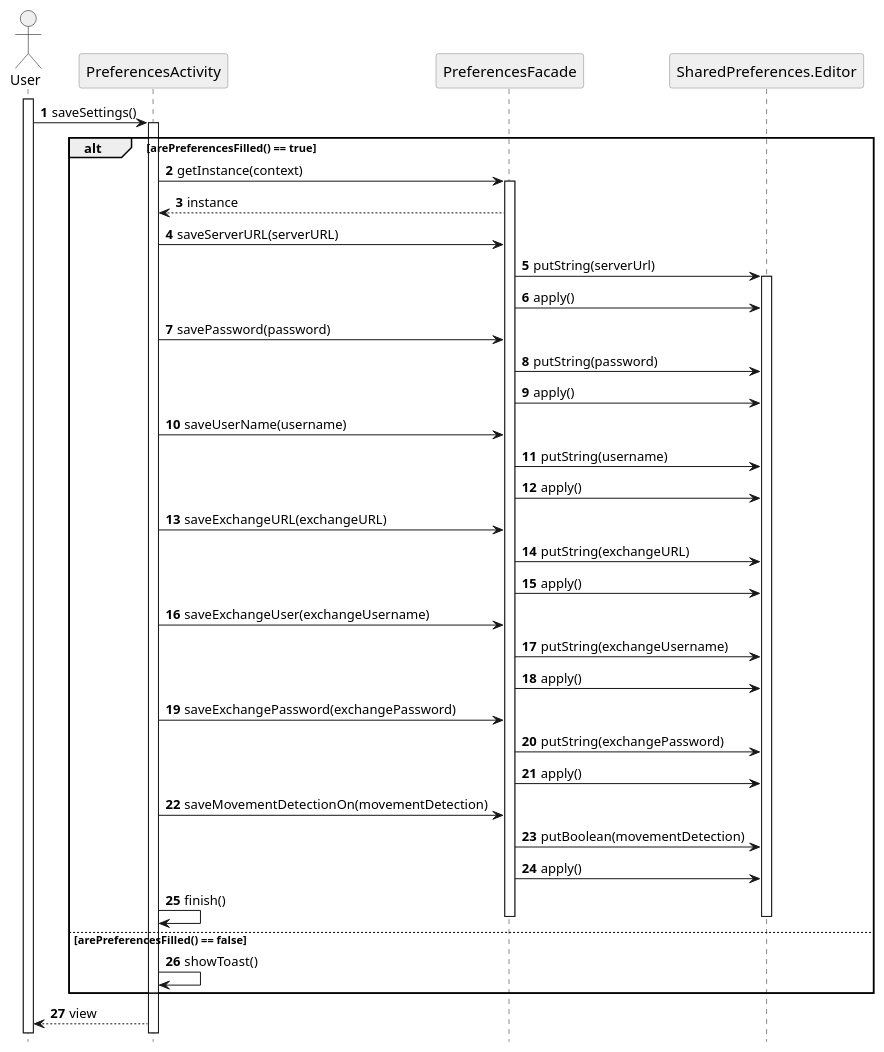
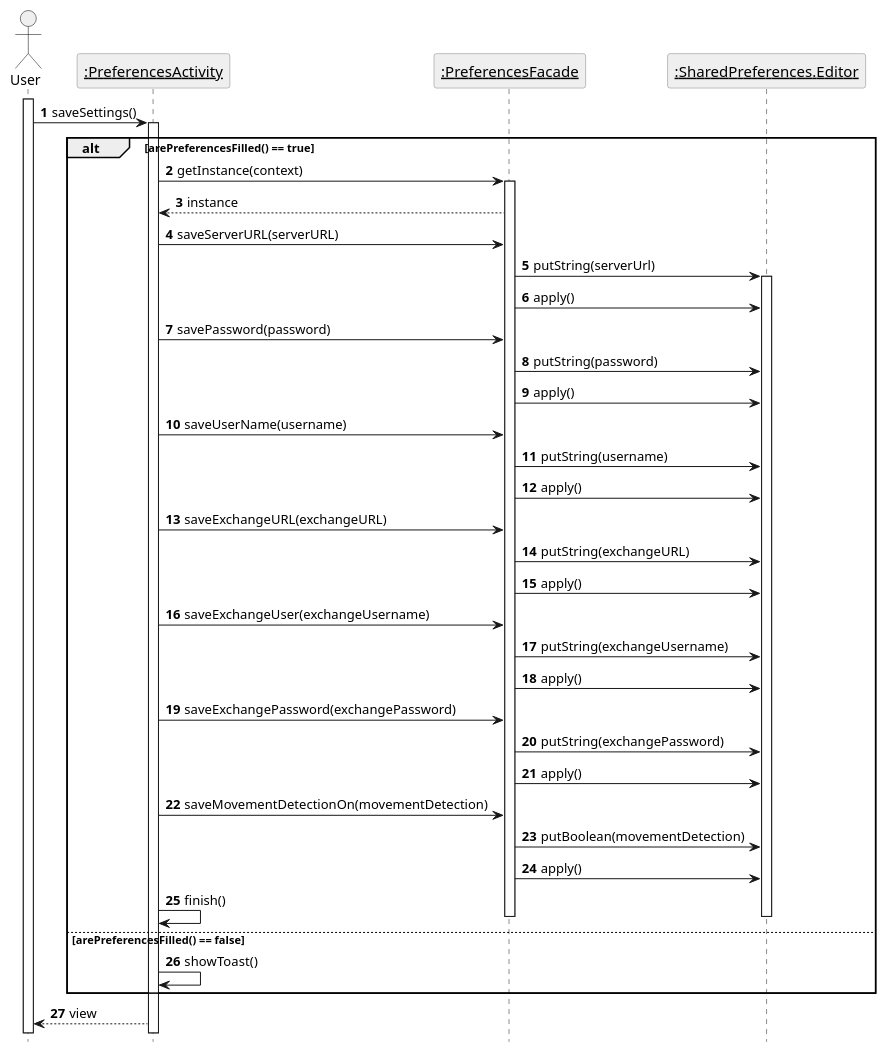
One commit to ErosFricker/bachelor-thesis changed the diagram in sequence_diagrams/shared_preferences.puml. Above: the diagram before and after it, drawn with PlantUML. The commit also changed 73 other files, not shown here.

```diff
--- a/sequence_diagrams/shared_preferences.puml
+++ b/sequence_diagrams/shared_preferences.puml
@@ -1,70 +1,70 @@
 @startuml
 
 hide footbox
 
 autonumber
 
 skinparam sequence {
     ParticipantBorderColor grey
     ParticipantBackgroundColor #EFEFEF
     ParticipantFontName Futura
     ParticipantFontSize 15
 
     ActorBackgroundColor #EFEFEF
     ActorBorderColor black
 
     ArrowFontName Futura
 }
 
 actor User
-participant PreferencesActivity
-participant PreferencesFacade
-participant SharedPreferences.Editor
+participant "__:PreferencesActivity__"
+participant "__:PreferencesFacade__"
+participant "__:SharedPreferences.Editor__"
 
 
 activate User
-User -> PreferencesActivity: saveSettings()
-activate PreferencesActivity
+User -> "__:PreferencesActivity__": saveSettings()
+activate "__:PreferencesActivity__"
 alt arePreferencesFilled() == true
-    PreferencesActivity -> PreferencesFacade: getInstance(context)
-    activate PreferencesFacade
-    PreferencesFacade --> PreferencesActivity: instance
-    PreferencesActivity -> PreferencesFacade:saveServerURL(serverURL)
-    PreferencesFacade -> SharedPreferences.Editor: putString(serverUrl)
-    activate SharedPreferences.Editor
-    PreferencesFacade -> SharedPreferences.Editor: apply()
+    "__:PreferencesActivity__" -> "__:PreferencesFacade__": getInstance(context)
+    activate "__:PreferencesFacade__"
+    "__:PreferencesFacade__" --> "__:PreferencesActivity__": instance
+    "__:PreferencesActivity__" -> "__:PreferencesFacade__":saveServerURL(serverURL)
+    "__:PreferencesFacade__" -> "__:SharedPreferences.Editor__": putString(serverUrl)
+    activate "__:SharedPreferences.Editor__"
+    "__:PreferencesFacade__" -> "__:SharedPreferences.Editor__": apply()
 
-    PreferencesActivity -> PreferencesFacade:savePassword(password)
-    PreferencesFacade -> SharedPreferences.Editor: putString(password)
-PreferencesFacade -> SharedPreferences.Editor: apply()
-    PreferencesActivity -> PreferencesFacade:saveUserName(username)
-    PreferencesFacade -> SharedPreferences.Editor: putString(username)
-PreferencesFacade -> SharedPreferences.Editor: apply()
-    PreferencesActivity -> PreferencesFacade:saveExchangeURL(exchangeURL)
-    PreferencesFacade -> SharedPreferences.Editor: putString(exchangeURL)
-PreferencesFacade -> SharedPreferences.Editor: apply()
-    PreferencesActivity -> PreferencesFacade:saveExchangeUser(exchangeUsername)
-    PreferencesFacade -> SharedPreferences.Editor: putString(exchangeUsername)
-PreferencesFacade -> SharedPreferences.Editor: apply()
-    PreferencesActivity -> PreferencesFacade:saveExchangePassword(exchangePassword)
-    PreferencesFacade -> SharedPreferences.Editor: putString(exchangePassword)
-PreferencesFacade -> SharedPreferences.Editor: apply()
-    PreferencesActivity -> PreferencesFacade:saveMovementDetectionOn(movementDetection)
-    PreferencesFacade -> SharedPreferences.Editor: putBoolean(movementDetection)
-PreferencesFacade -> SharedPreferences.Editor: apply()
-    PreferencesActivity -> PreferencesActivity: finish()
-    deactivate SharedPreferences.Editor
-    deactivate PreferencesFacade
+    "__:PreferencesActivity__" -> "__:PreferencesFacade__":savePassword(password)
+    "__:PreferencesFacade__" -> "__:SharedPreferences.Editor__": putString(password)
+"__:PreferencesFacade__" -> "__:SharedPreferences.Editor__": apply()
+    "__:PreferencesActivity__" -> "__:PreferencesFacade__":saveUserName(username)
+    "__:PreferencesFacade__" -> "__:SharedPreferences.Editor__": putString(username)
+"__:PreferencesFacade__" -> "__:SharedPreferences.Editor__": apply()
+    "__:PreferencesActivity__" -> "__:PreferencesFacade__":saveExchangeURL(exchangeURL)
+    "__:PreferencesFacade__" -> "__:SharedPreferences.Editor__": putString(exchangeURL)
+"__:PreferencesFacade__" -> "__:SharedPreferences.Editor__": apply()
+    "__:PreferencesActivity__" -> "__:PreferencesFacade__":saveExchangeUser(exchangeUsername)
+    "__:PreferencesFacade__" -> "__:SharedPreferences.Editor__": putString(exchangeUsername)
+"__:PreferencesFacade__" -> "__:SharedPreferences.Editor__": apply()
+    "__:PreferencesActivity__" -> "__:PreferencesFacade__":saveExchangePassword(exchangePassword)
+    "__:PreferencesFacade__" -> "__:SharedPreferences.Editor__": putString(exchangePassword)
+"__:PreferencesFacade__" -> "__:SharedPreferences.Editor__": apply()
+    "__:PreferencesActivity__" -> "__:PreferencesFacade__":saveMovementDetectionOn(movementDetection)
+    "__:PreferencesFacade__" -> "__:SharedPreferences.Editor__": putBoolean(movementDetection)
+"__:PreferencesFacade__" -> "__:SharedPreferences.Editor__": apply()
+    "__:PreferencesActivity__" -> "__:PreferencesActivity__": finish()
+    deactivate "__:SharedPreferences.Editor__"
+    deactivate "__:PreferencesFacade__"
 
 
 else arePreferencesFilled() == false
-    PreferencesActivity -> PreferencesActivity:showToast()
+    "__:PreferencesActivity__" -> "__:PreferencesActivity__":showToast()
 
 end
 
-PreferencesActivity --> User: view
+"__:PreferencesActivity__" --> User: view
 
 
 
 
 @enduml
```
